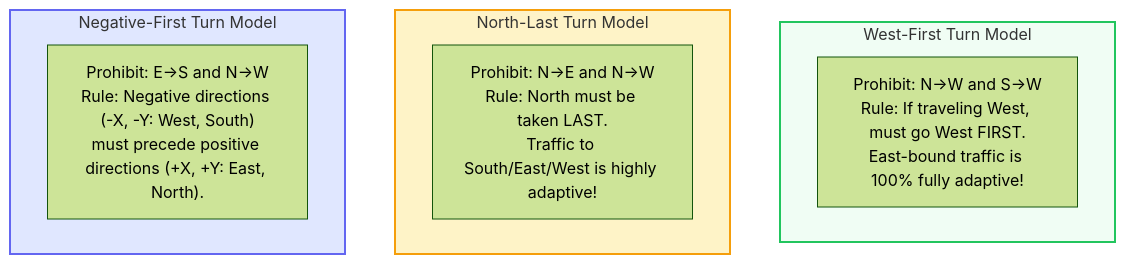
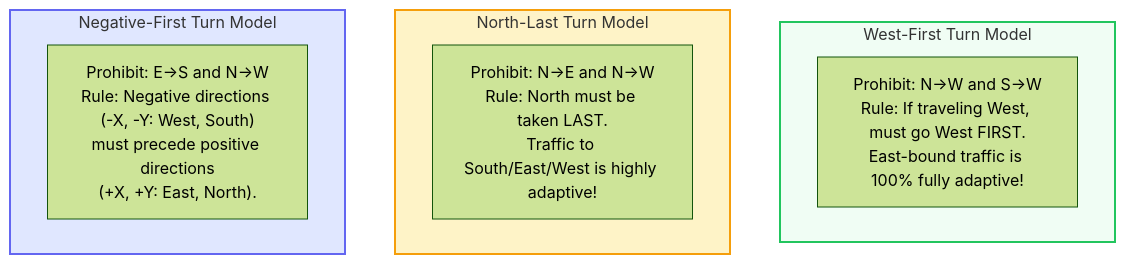
Before and after one commit to network-on-chip/learning: the fourth of 5 diagrams in docs/textbook/ch05-routing-deadlock-theory/index.md, drawn with Mermaid (forest theme). The commit also changed 15 other files, not shown here.

Commit message:
docs: clean repository paths and wrap Mermaid flowchart node labels

````diff
--- a/docs/textbook/ch05-routing-deadlock-theory/index.md
+++ b/docs/textbook/ch05-routing-deadlock-theory/index.md
@@ -149,18 +149,18 @@
 ```mermaid
 graph TD
   subgraph WestFirst ["West-First Turn Model"]
     WF_Desc["Prohibit: N->W and S->W<br/>Rule: If traveling West, must go West FIRST.<br/>East-bound traffic is 100% fully adaptive!"]
   end
 
   subgraph NorthLast ["North-Last Turn Model"]
     NL_Desc["Prohibit: N->E and N->W<br/>Rule: North must be taken LAST.<br/>Traffic to South/East/West is highly adaptive!"]
   end
 
   subgraph NegativeFirst ["Negative-First Turn Model"]
-    NF_Desc["Prohibit: E->S and N->W<br/>Rule: Negative directions (-X, -Y: West, South)<br/>must precede positive directions (+X, +Y: East, North)."]
+    NF_Desc["Prohibit: E->S and N->W<br/>Rule: Negative directions (-X, -Y: West, South)<br/>must precede positive directions<br/>(+X, +Y: East, North)."]
   end
 
   style WestFirst fill:#f0fdf4,stroke:#22c55e,stroke-width:2px;
   style NorthLast fill:#fef3c7,stroke:#f59e0b,stroke-width:2px;
   style NegativeFirst fill:#e0e7ff,stroke:#6366f1,stroke-width:2px;
 ```
````
